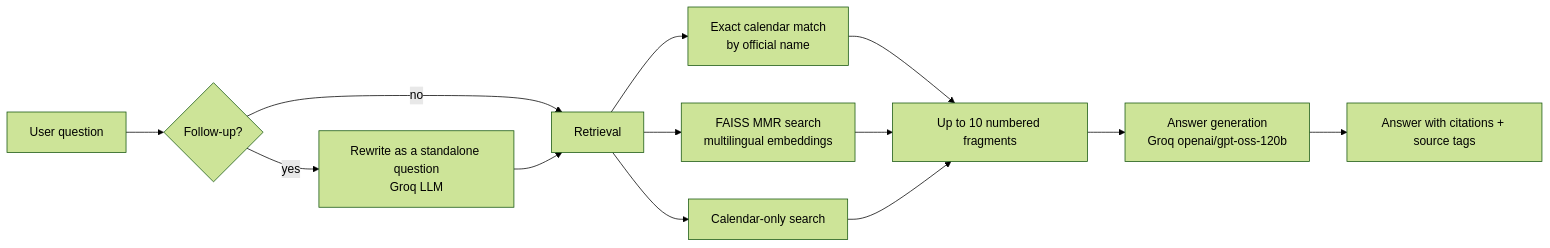
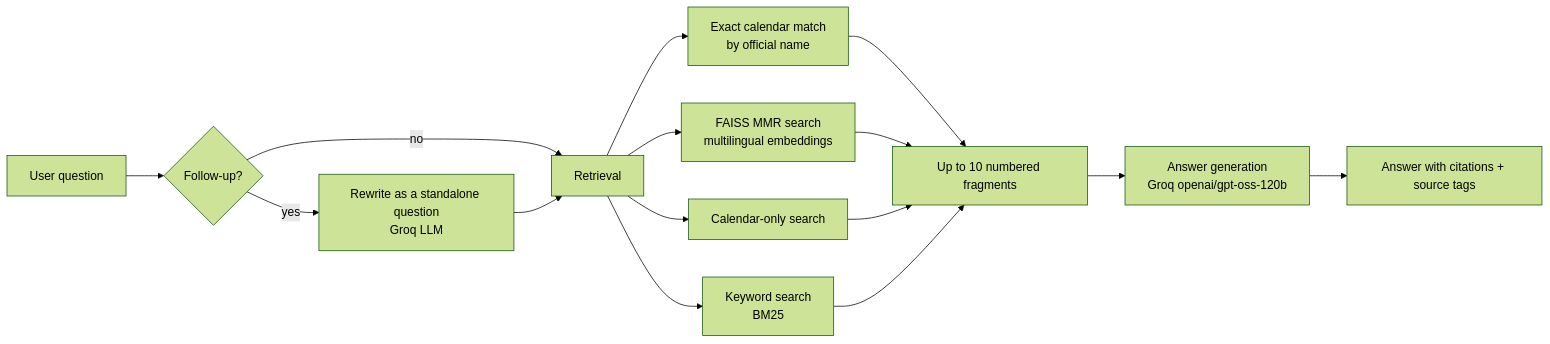
One commit to machinelearning-source/UdeC-knowledge changed the diagram in README.md. Above: the diagram before and after it, drawn with Mermaid (forest theme). The commit also changed other lines of this file and 3 other files, not shown here.

First line of the commit message:
Add keyword (BM25) search to make retrieval hybrid

````diff
--- a/README.md
+++ b/README.md
@@ -24,13 +24,14 @@
 ```mermaid
 flowchart LR
     Q[User question] --> F{Follow-up?}
     F -- yes --> R[Rewrite as a standalone question<br/>Groq LLM]
     F -- no --> S
     R --> S[Retrieval]
     S --> C1[Exact calendar match<br/>by official name]
     S --> C2[FAISS MMR search<br/>multilingual embeddings]
     S --> C3[Calendar-only search]
-    C1 & C2 & C3 --> CTX[Up to 10 numbered fragments]
+    S --> C4[Keyword search<br/>BM25]
+    C1 & C2 & C3 & C4 --> CTX[Up to 10 numbered fragments]
     CTX --> G[Answer generation<br/>Groq openai/gpt-oss-120b]
     G --> A[Answer with citations + source tags]
 ```
````
